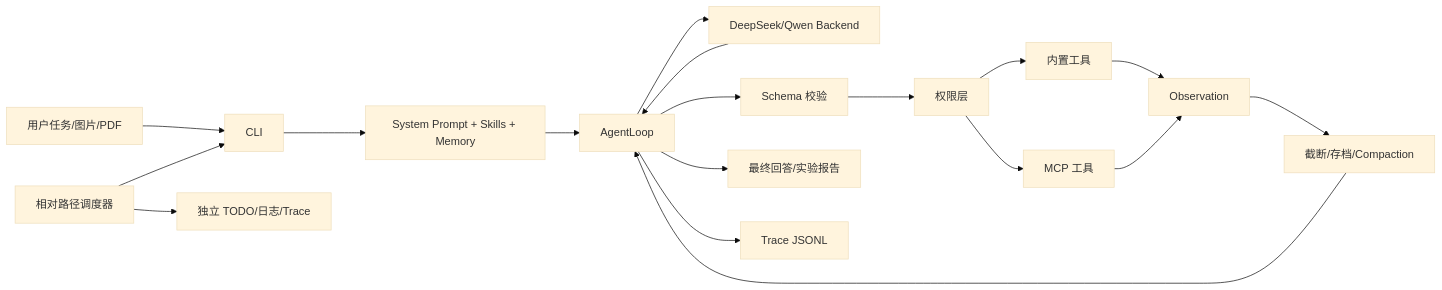
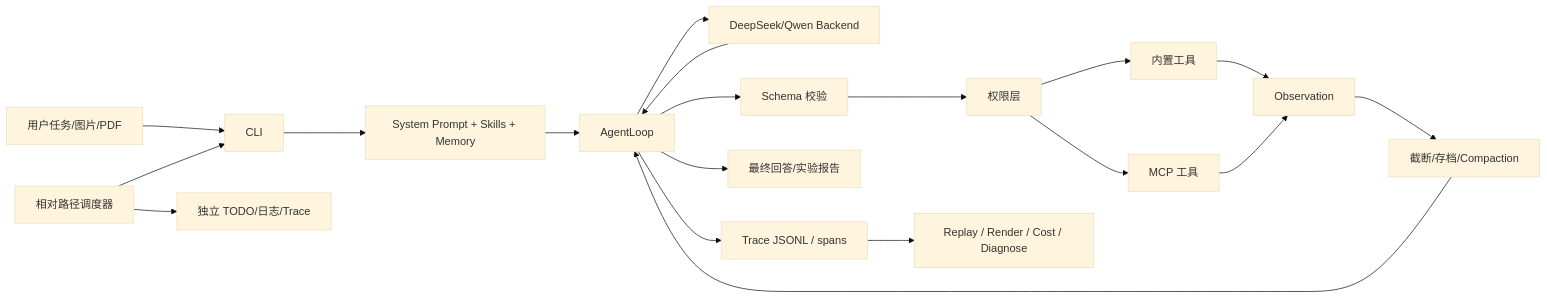
Before and after one commit to GreenTheRobot/mini-openclaw: the diagram in docs/architecture.md, drawn with Mermaid (base theme). The commit also changed other lines of this file and 14 other files, not shown here.

````diff
--- a/docs/architecture.md
+++ b/docs/architecture.md
@@ -7,20 +7,21 @@
 ```mermaid
 flowchart LR
     U[用户任务/图片/PDF] --> CLI[CLI]
     CLI --> P[System Prompt + Skills + Memory]
     P --> L[AgentLoop]
     L --> B[DeepSeek/Qwen Backend]
     B --> L
     L --> V[Schema 校验]
     V --> S[权限层]
     S --> T[内置工具]
     S --> M[MCP 工具]
     T --> O[Observation]
     M --> O
     O --> C[截断/存档/Compaction]
     C --> L
     L --> R[最终回答/实验报告]
-    L --> X[Trace JSONL]
+    L --> X[Trace JSONL / spans]
+    X --> Z[Replay / Render / Cost / Diagnose]
     J[相对路径调度器] --> CLI
     J --> Q[独立 TODO/日志/Trace]
 ```
````
